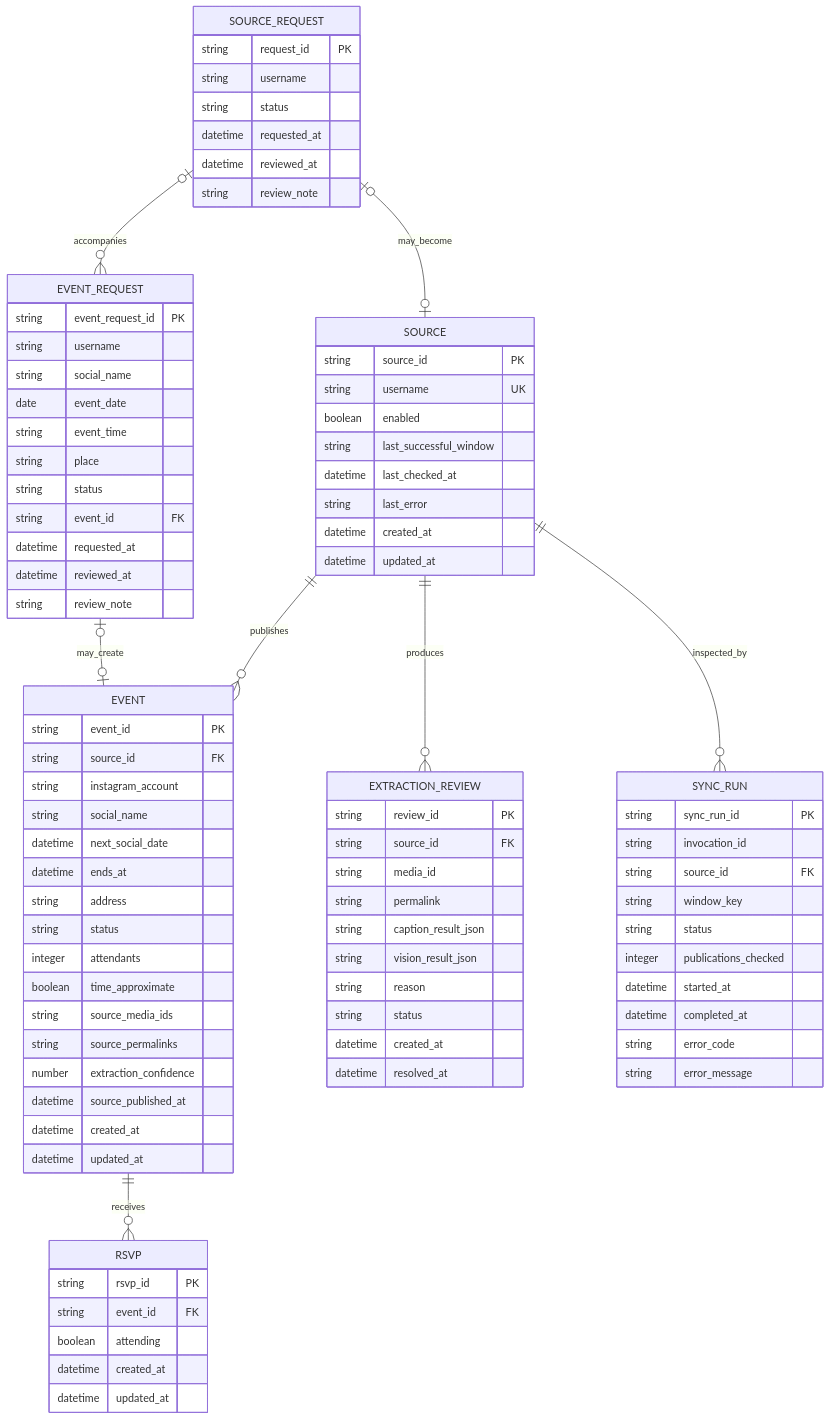
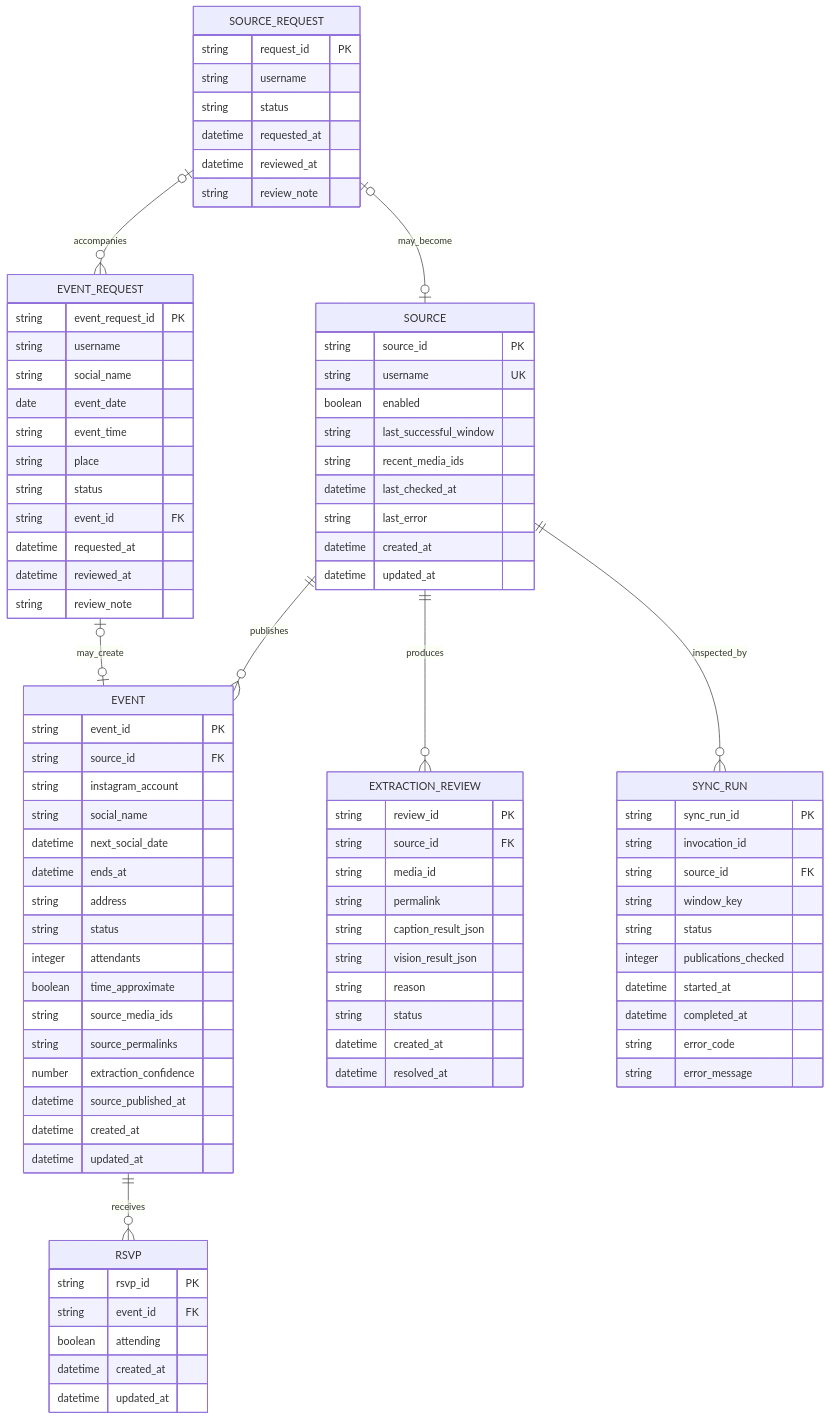
One commit to JuanJFarina/salseros changed the diagram in docs/05_ERD.md. Above: the diagram before and after it, drawn with Mermaid. The commit also changed other lines of this file and 11 other files, not shown here.

```diff
--- a/docs/05_ERD.md
+++ b/docs/05_ERD.md
@@ -17,6 +17,7 @@
         string username UK
         boolean enabled
         string last_successful_window
+        string recent_media_ids
         datetime last_checked_at
         string last_error
         datetime created_at
```
